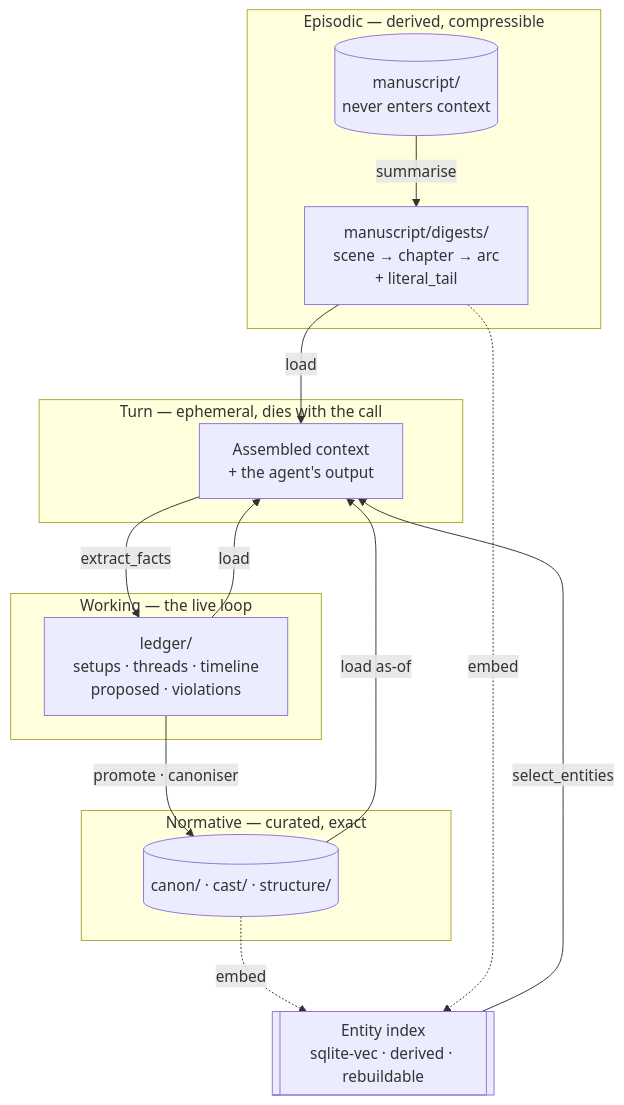
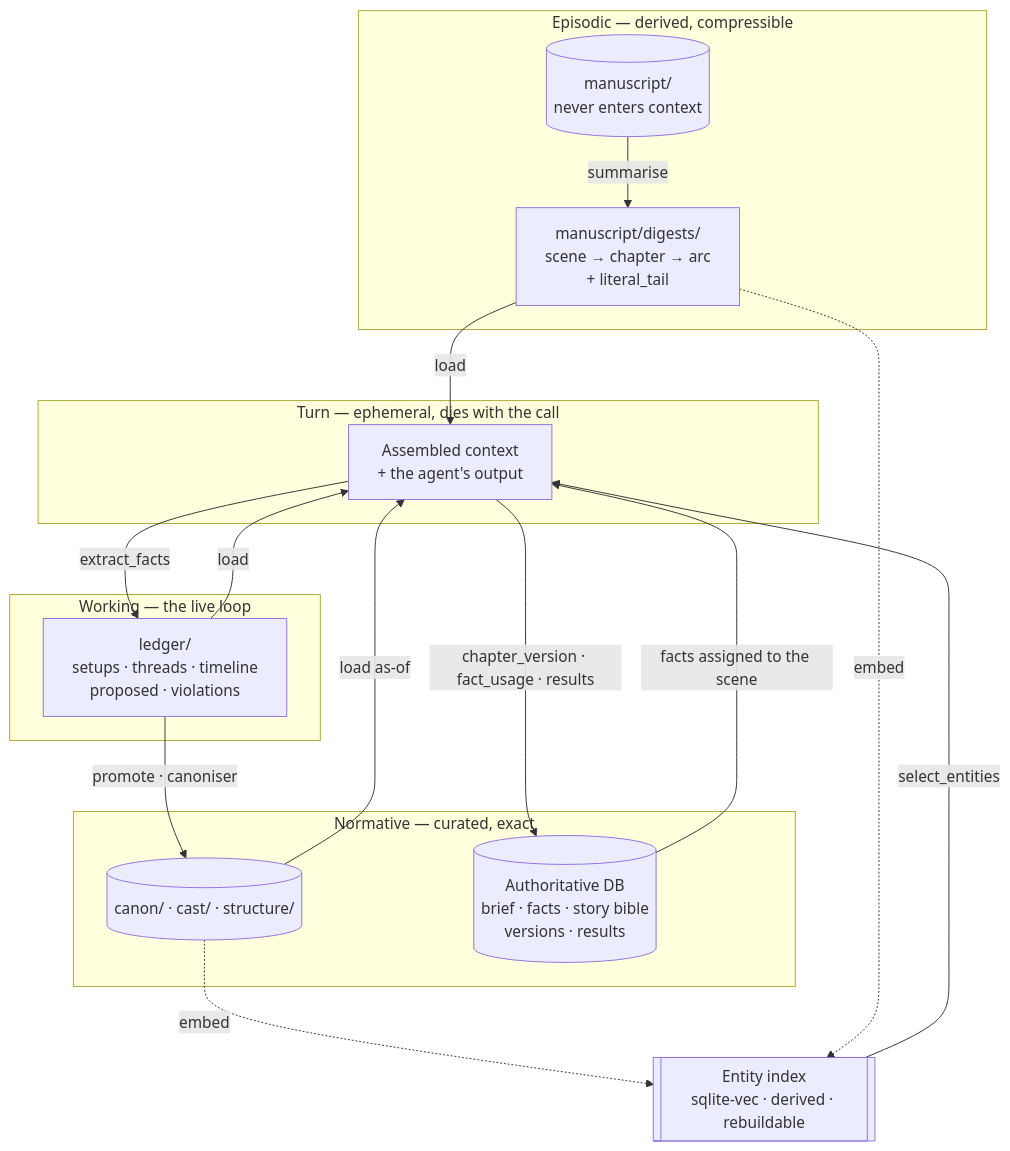
One commit to ignacio-hurtado-qaracter/My-Story-Marker changed the second of 6 diagrams in docs/architecture.md. Above: the diagram before and after it, drawn with Mermaid. The commit also changed other lines of this file, not shown here.

First line of the commit message:
docs: architecture adds the brief, the authoritative database and the novel flow

````diff
--- a/docs/architecture.md
+++ b/docs/architecture.md
@@ -251,27 +332,30 @@
 ```mermaid
 flowchart TB
   subgraph T0["Turn — ephemeral, dies with the call"]
     CTX["Assembled context<br/>+ the agent's output"]
   end
   subgraph T1["Working — the live loop"]
     LED["ledger/<br/>setups · threads · timeline<br/>proposed · violations"]
   end
   subgraph T2["Episodic — derived, compressible"]
     DIG["manuscript/digests/<br/>scene → chapter → arc<br/>+ literal_tail"]
     MS[("manuscript/<br/>never enters context")]
   end
   subgraph T3["Normative — curated, exact"]
     CAN[("canon/ · cast/ · structure/")]
+    DB[("Authoritative DB<br/>brief · facts · story bible<br/>versions · results")]
   end
   IDX[["Entity index<br/>sqlite-vec · derived · rebuildable"]]
 
   CTX -->|extract_facts| LED
   LED -->|promote · canoniser| CAN
   MS -->|summarise| DIG
   CAN -.->|embed| IDX
   DIG -.->|embed| IDX
   IDX -->|select_entities| CTX
   CAN -->|load as-of| CTX
   DIG -->|load| CTX
   LED -->|load| CTX
+  DB -->|facts assigned to the scene| CTX
+  CTX -->|chapter_version · fact_usage · results| DB
 ```
````
